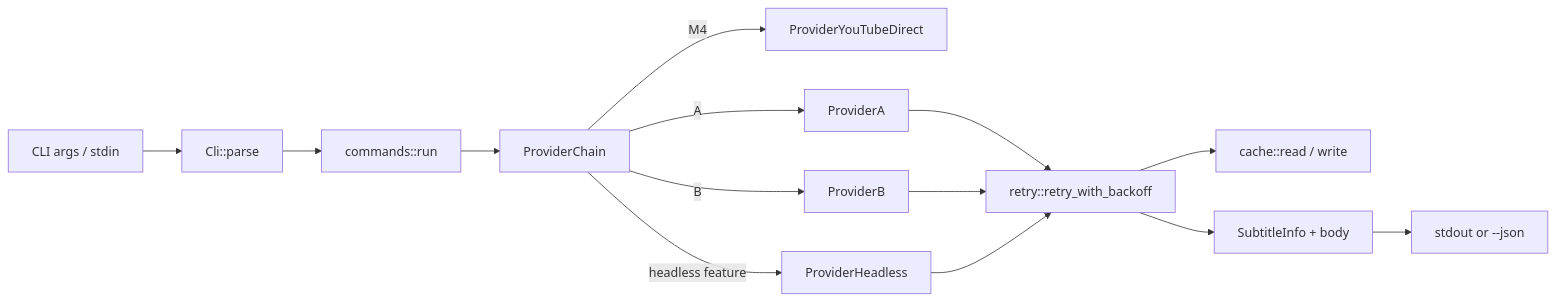
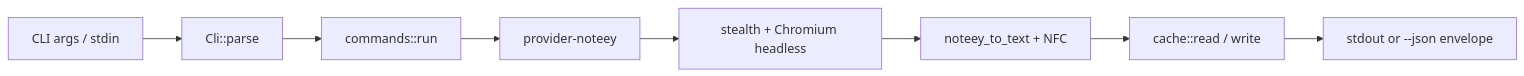
Before and after one commit to daniloaguiarbr/youtube-legend-cli: the diagram in docs/ARCHITECTURE.md, drawn with Mermaid. The commit also changed other lines of this file and 39 other files, not shown here.

````diff
--- a/docs/ARCHITECTURE.md
+++ b/docs/ARCHITECTURE.md
@@ -15,16 +15,10 @@
 ```mermaid
 flowchart LR
   A[CLI args / stdin] --> B[Cli::parse]
   B --> C[commands::run]
-  C --> D[ProviderChain]
-  D -->|M4| Y[ProviderYouTubeDirect]
-  D -->|A| E[ProviderA]
-  D -->|B| F[ProviderB]
-  D -->|headless feature| G[ProviderHeadless]
-  E --> H[retry::retry_with_backoff]
-  F --> H
-  G --> H
-  H --> I[cache::read / write]
-  H --> J[SubtitleInfo + body]
-  J --> K[stdout or --json]
+  C --> D[provider-noteey]
+  D --> E[stealth + Chromium headless]
+  E --> F[noteey_to_text + NFC]
+  F --> G[cache::read / write]
+  G --> H[stdout or --json envelope]
 ```
````
